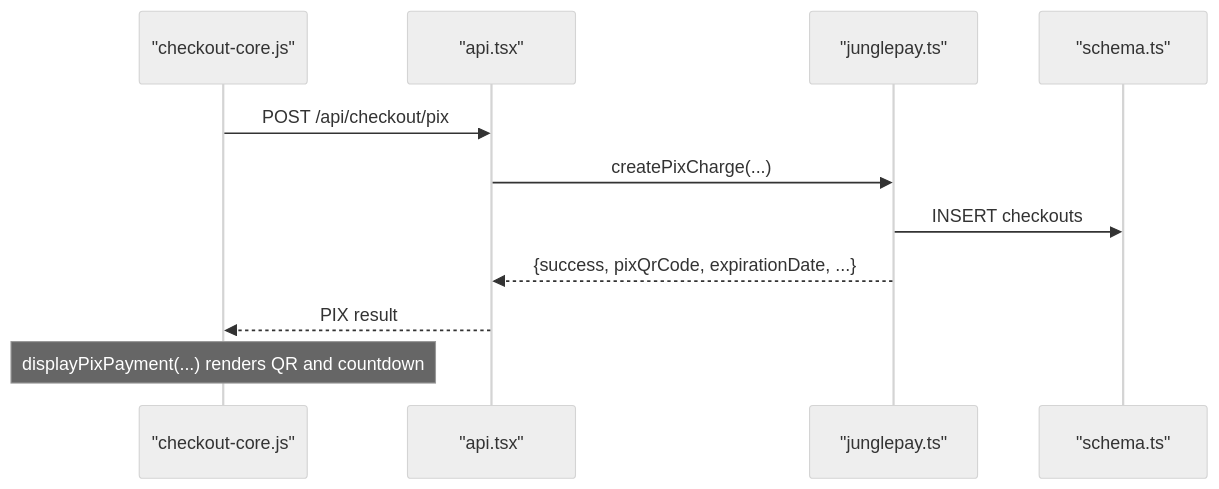
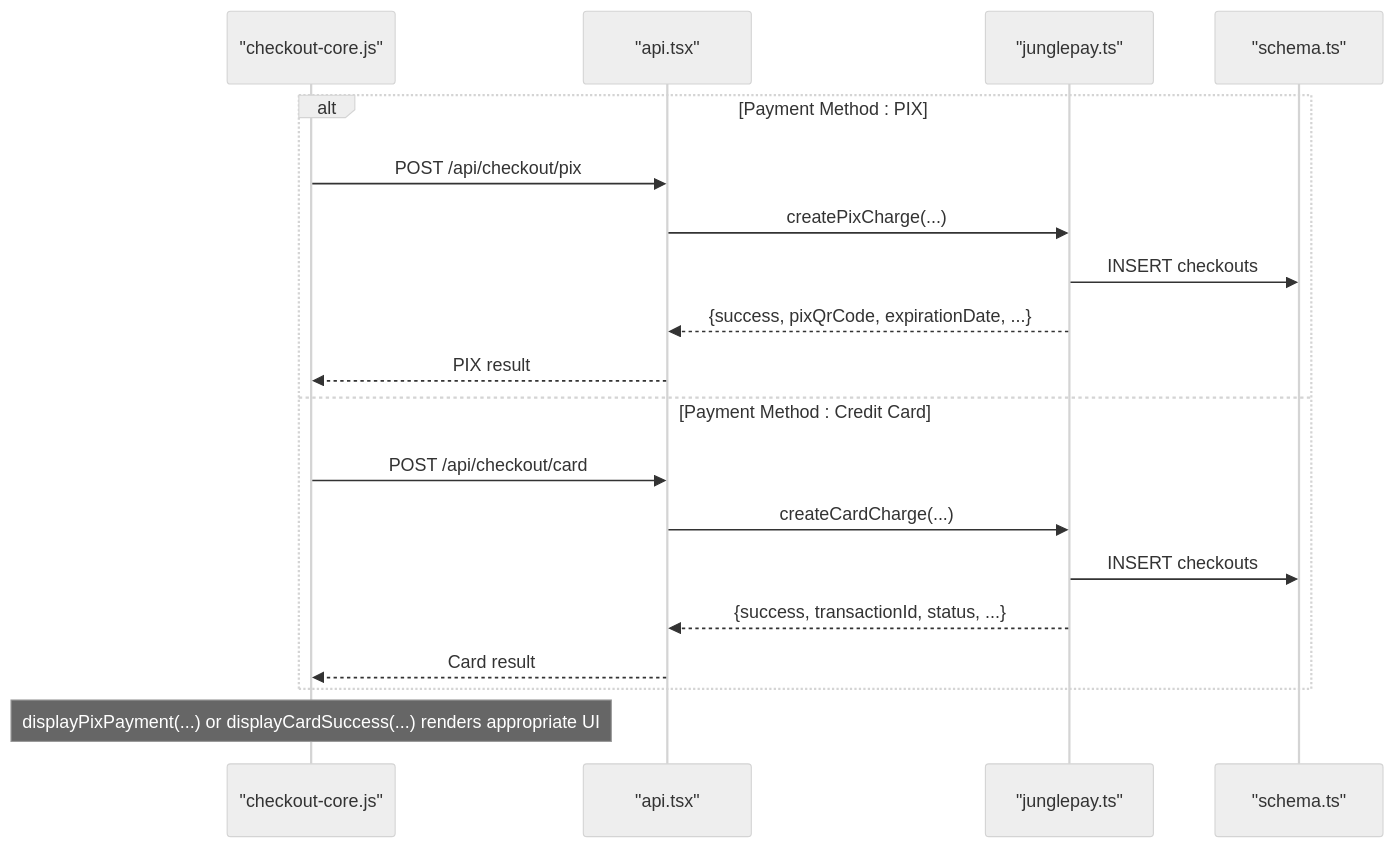
Before and after one commit to eromedrive2tb-gif/Avitrine: the seventh of 8 diagrams in .qoder/repowiki/en/content/Payment Processing System/Payment Methods & Workflows.md, drawn with Mermaid (neutral theme). The commit also changed other lines of this file and 18 other files, not shown here.

````diff
--- a/.qoder/repowiki/en/content/Payment Processing System/Payment Methods & Workflows.md
+++ b/.qoder/repowiki/en/content/Payment Processing System/Payment Methods & Workflows.md
@@ -294,13 +333,21 @@
 ```mermaid
 sequenceDiagram
 participant Core as "checkout-core.js"
 participant API as "api.tsx"
 participant Service as "junglepay.ts"
 participant DB as "schema.ts"
+alt Payment Method : PIX
 Core->>API : POST /api/checkout/pix
 API->>Service : createPixCharge(...)
 Service->>DB : INSERT checkouts
 Service-->>API : {success, pixQrCode, expirationDate, ...}
 API-->>Core : PIX result
-Note over Core : displayPixPayment(...) renders QR and countdown
+else Payment Method : Credit Card
+Core->>API : POST /api/checkout/card
+API->>Service : createCardCharge(...)
+Service->>DB : INSERT checkouts
+Service-->>API : {success, transactionId, status, ...}
+API-->>Core : Card result
+end
+Note over Core : displayPixPayment(...) or displayCardSuccess(...) renders appropriate UI
 ```
````
